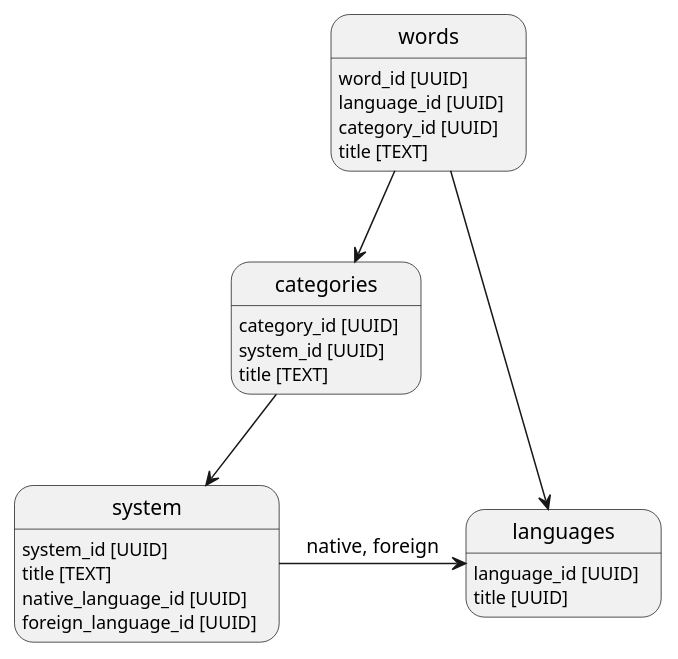
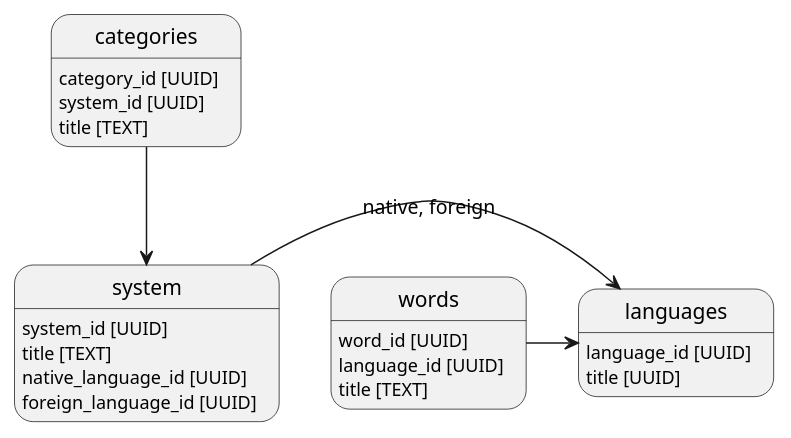
One commit to LingAny/data-access changed the diagram in src/database/schema.puml. Above: the diagram before and after it, drawn with PlantUML.

Commit message:
[WIP] fix database schema

```diff
--- a/src/database/schema.puml
+++ b/src/database/schema.puml
@@ -1,24 +1,22 @@
 @startuml
 
 languages: language_id [UUID]
 languages: title [UUID]
 
 system: system_id [UUID]
 system: title [TEXT]
 system: native_language_id [UUID]
 system: foreign_language_id [UUID]
 system -> languages: native, foreign
 
 categories: category_id [UUID]
 categories: system_id [UUID]
 categories: title [TEXT]
 categories --> system
 
 words: word_id [UUID]
 words: language_id [UUID]
-words: category_id [UUID]
 words: title [TEXT]
 words -> languages
-words --> categories
 
 @enduml
```
